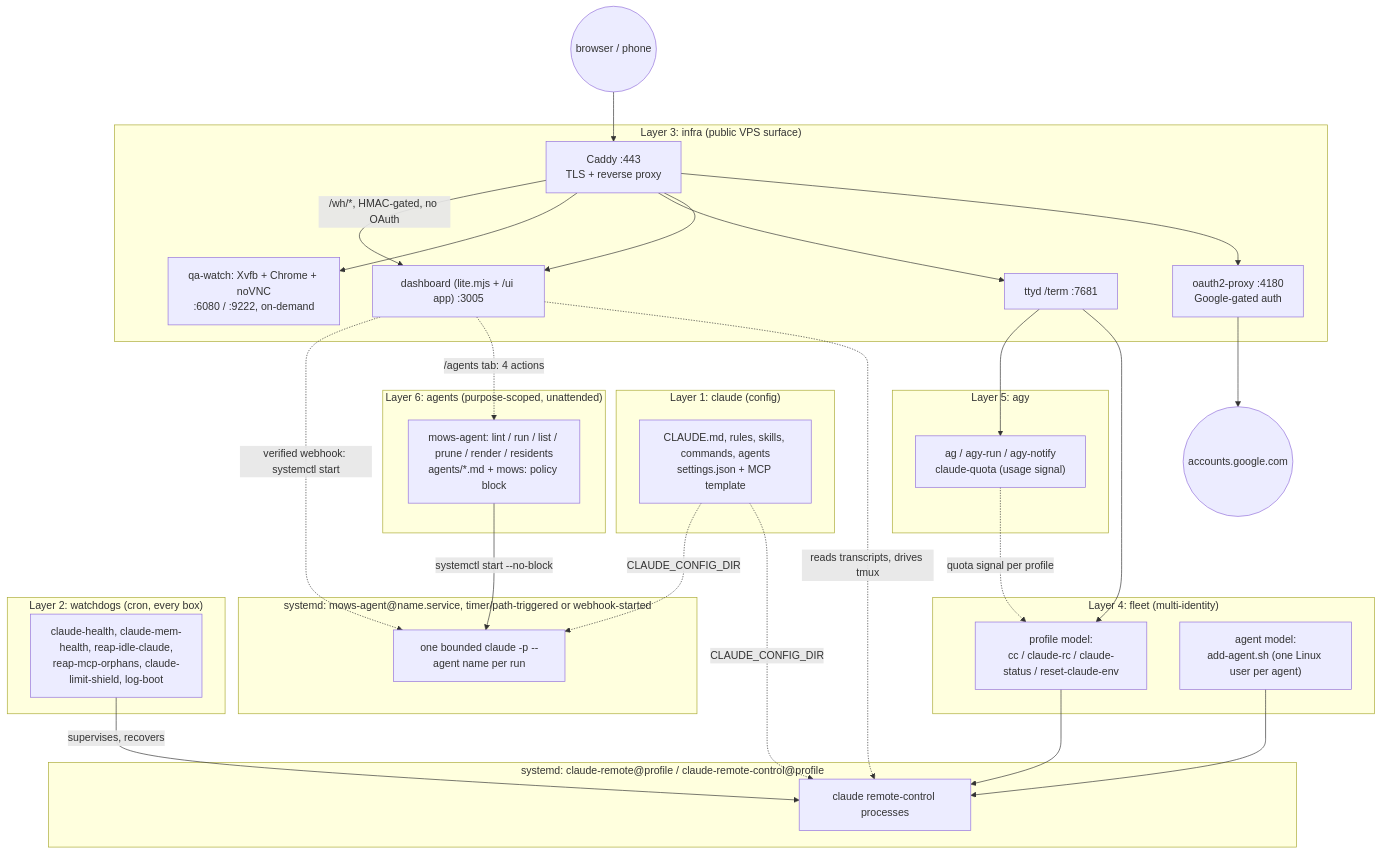
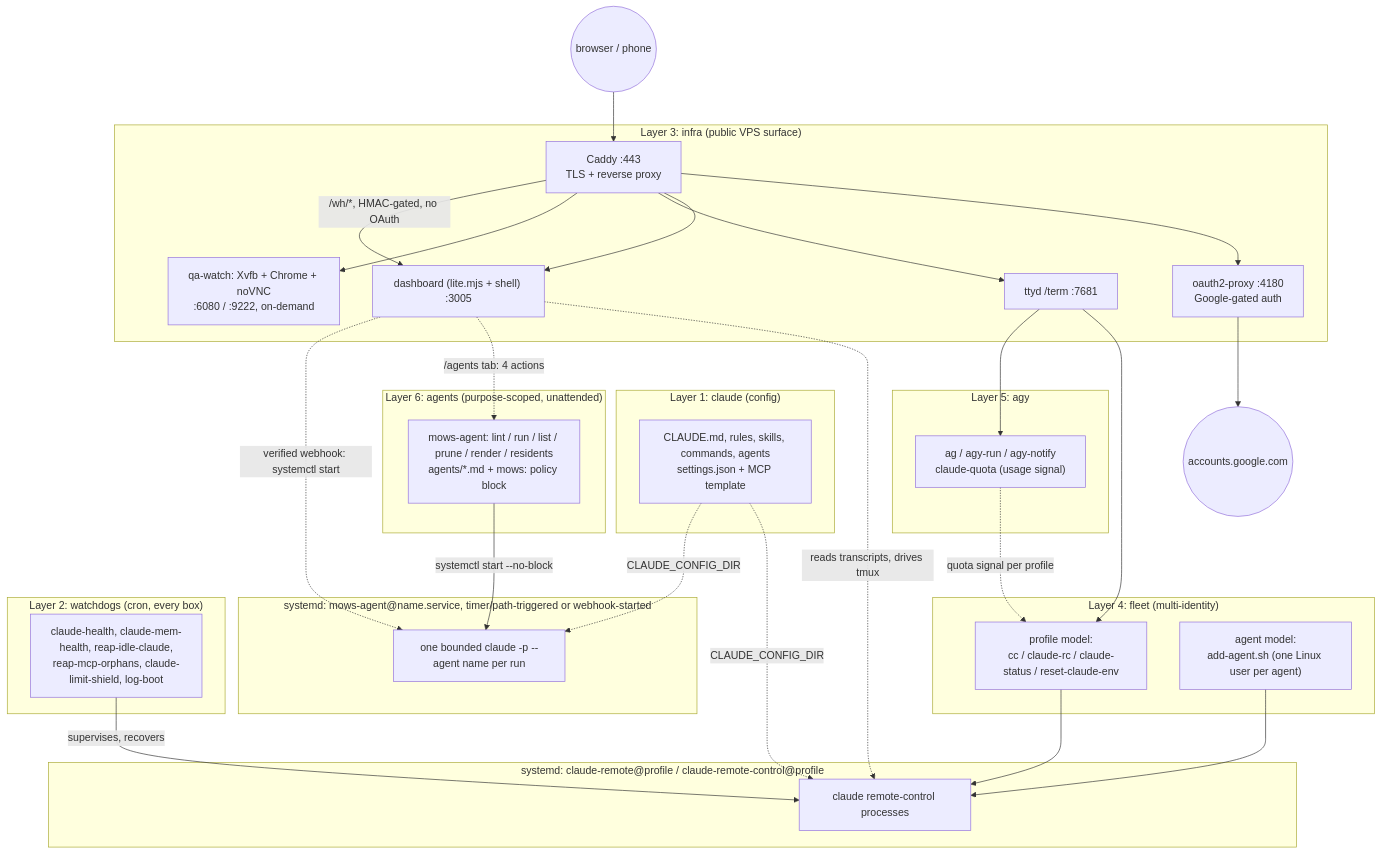
The diagram in README.md (alhe99/mows-harness), drawn with Mermaid before and after one commit. The commit also changed other lines of this file and 58 other files, not shown here.

````diff
--- a/README.md
+++ b/README.md
@@ -404,60 +404,60 @@
 ```mermaid
 flowchart TB
     subgraph Layer1["Layer 1: claude (config)"]
         CFG["CLAUDE.md, rules, skills, commands, agents<br/>settings.json + MCP template"]
     end
 
     subgraph Layer4["Layer 4: fleet (multi-identity)"]
         PROFILE["profile model:<br/>cc / claude-rc / claude-status / reset-claude-env"]
         AGENT["agent model:<br/>add-agent.sh (one Linux user per agent)"]
     end
 
     subgraph Layer5["Layer 5: agy"]
         AGY["ag / agy-run / agy-notify<br/>claude-quota (usage signal)"]
     end
 
     subgraph Layer6["Layer 6: agents (purpose-scoped, unattended)"]
         MAGENT["mows-agent: lint / run / list / prune / render / residents<br/>agents/*.md + mows: policy block"]
     end
 
     subgraph RCUNITS["systemd: claude-remote@profile / claude-remote-control@profile"]
         RC["claude remote-control processes"]
     end
 
     subgraph AGENTUNIT["systemd: mows-agent@name.service, timer/path-triggered or webhook-started"]
         ARUN["one bounded claude -p --agent name per run"]
     end
 
     subgraph Layer2["Layer 2: watchdogs (cron, every box)"]
         WD["claude-health, claude-mem-health, reap-idle-claude,<br/>reap-mcp-orphans, claude-limit-shield, log-boot"]
     end
 
     subgraph Layer3["Layer 3: infra (public VPS surface)"]
         CADDY["Caddy :443<br/>TLS + reverse proxy"]
         OAUTH["oauth2-proxy :4180<br/>Google-gated auth"]
-        DASH["dashboard (lite.mjs + /ui app) :3005"]
+        DASH["dashboard (lite.mjs + shell) :3005"]
         TERM["ttyd /term :7681"]
         WATCH["qa-watch: Xvfb + Chrome + noVNC<br/>:6080 / :9222, on-demand"]
     end
 
     Browser(("browser / phone")) --> CADDY
     CADDY --> OAUTH
     OAUTH --> Google(("accounts.google.com"))
     CADDY --> DASH
     CADDY --> TERM
     CADDY --> WATCH
 
     CFG -.->|CLAUDE_CONFIG_DIR| RC
     PROFILE --> RC
     AGENT --> RC
     TERM --> PROFILE
     TERM --> AGY
     AGY -.->|quota signal per profile| PROFILE
     DASH -.->|reads transcripts, drives tmux| RC
     WD -->|supervises, recovers| RC
     MAGENT -->|systemctl start --no-block| ARUN
     CFG -.->|CLAUDE_CONFIG_DIR| ARUN
     DASH -.->|/agents tab: 4 actions| MAGENT
     CADDY -->|/wh/*, HMAC-gated, no OAuth| DASH
     DASH -.->|verified webhook: systemctl start| ARUN
 ```
````
